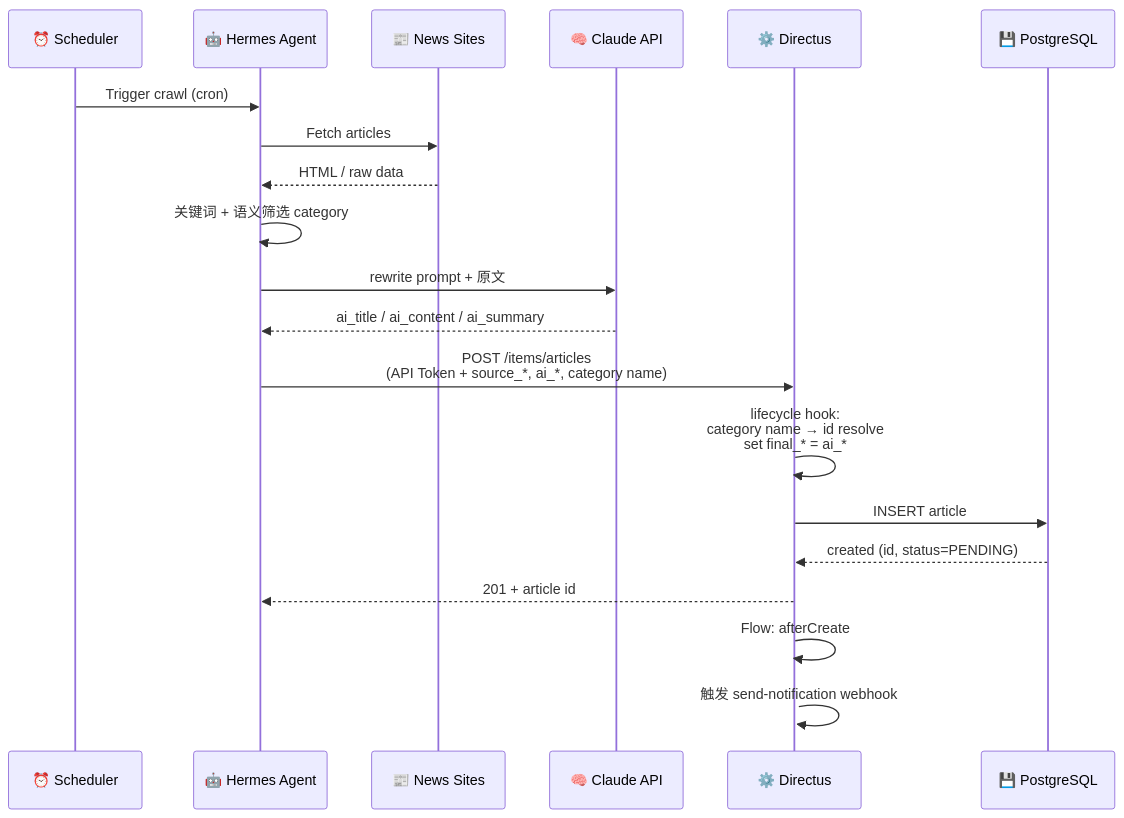
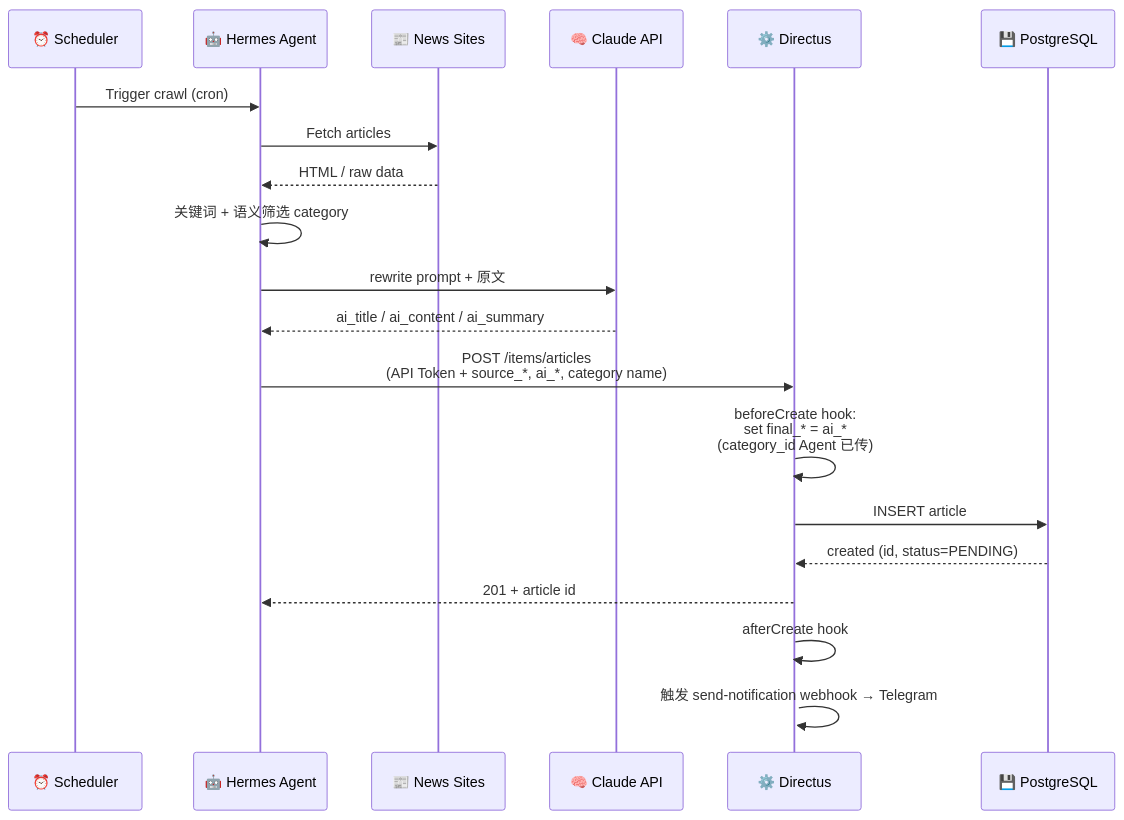
The fourth of 6 diagrams in docs/hld.md (Guitang0414/Tiffany-Z-Intern-2026), drawn with Mermaid before and after one commit. The commit also changed other lines of this file, not shown here.

````diff
--- a/docs/hld.md
+++ b/docs/hld.md
@@ -1062,23 +1062,23 @@
 ```mermaid
 sequenceDiagram
     participant Sched as ⏰ Scheduler
     participant Agent as 🤖 Hermes Agent
     participant News as 📰 News Sites
     participant Claude as 🧠 Claude API
     participant Directus as ⚙️ Directus
     participant DB as 💾 PostgreSQL
 
     Sched->>Agent: Trigger crawl (cron)
     Agent->>News: Fetch articles
     News-->>Agent: HTML / raw data
     Agent->>Agent: 关键词 + 语义筛选 category
     Agent->>Claude: rewrite prompt + 原文
     Claude-->>Agent: ai_title / ai_content / ai_summary
     Agent->>Directus: POST /items/articles<br/>(API Token + source_*, ai_*, category name)
-    Directus->>Directus: lifecycle hook:<br/>category name → id resolve<br/>set final_* = ai_*
+    Directus->>Directus: beforeCreate hook:<br/>set final_* = ai_*<br/>(category_id Agent 已传)
     Directus->>DB: INSERT article
     DB-->>Directus: created (id, status=PENDING)
     Directus-->>Agent: 201 + article id
-    Directus->>+Directus: Flow: afterCreate
-    Directus->>Directus: 触发 send-notification webhook
+    Directus->>+Directus: afterCreate hook
+    Directus->>Directus: 触发 send-notification webhook → Telegram
 ```
````
